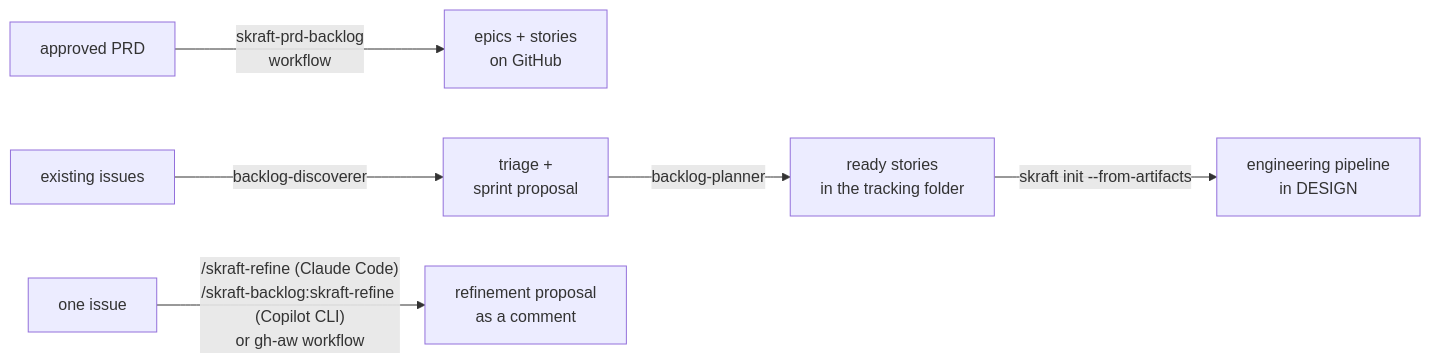
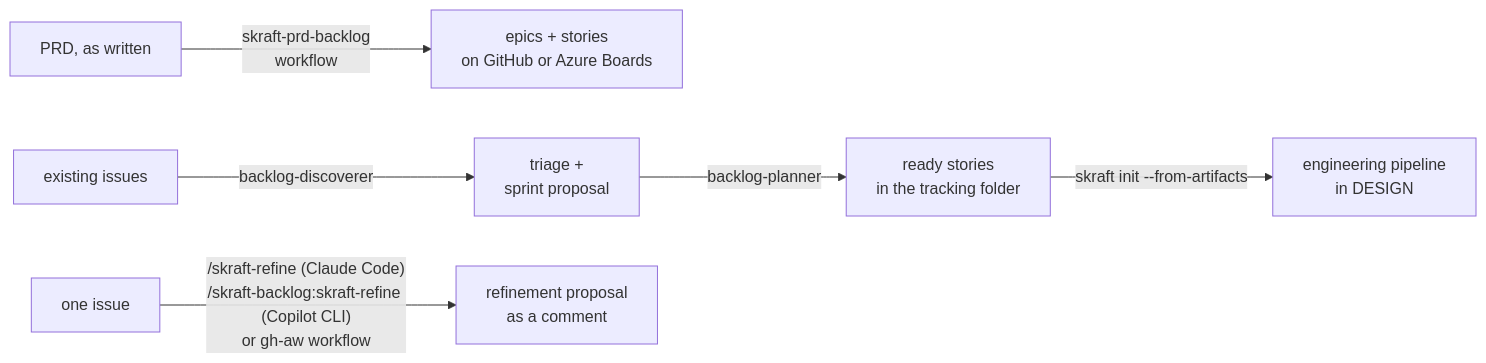
The diagram in docs/website/docs/explanation/backlog.md (SebastienDegodez/skraft-plugin), drawn with Mermaid before and after one commit. The commit also changed other lines of this file and 37 other files, not shown here.

First line of the commit message:
feat(backlog): read any PRD as written, slice in two levels, publish to Azure Boards (#677)

````diff
--- a/docs/website/docs/explanation/backlog.md
+++ b/docs/website/docs/explanation/backlog.md
@@ -26,8 +26,8 @@
 ```mermaid
 flowchart LR
-    PRD["approved PRD"] -->|skraft-prd-backlog<br/>workflow| BL["epics + stories<br/>on GitHub"]
+    PRD["PRD, as written"] -->|skraft-prd-backlog<br/>workflow| BL["epics + stories<br/>on GitHub or Azure Boards"]
     IS["existing issues"] -->|backlog-discoverer| TR["triage +<br/>sprint proposal"]
     TR -->|backlog-planner| ST["ready stories<br/>in the tracking folder"]
     ONE["one issue"] -->|"/skraft-refine (Claude Code)<br/>/skraft-backlog:skraft-refine (Copilot CLI)<br/>or gh-aw workflow"| CO["refinement proposal<br/>as a comment"]
     ST -->|skraft init --from-artifacts| ENG["engineering pipeline<br/>in DESIGN"]
 ```
````
